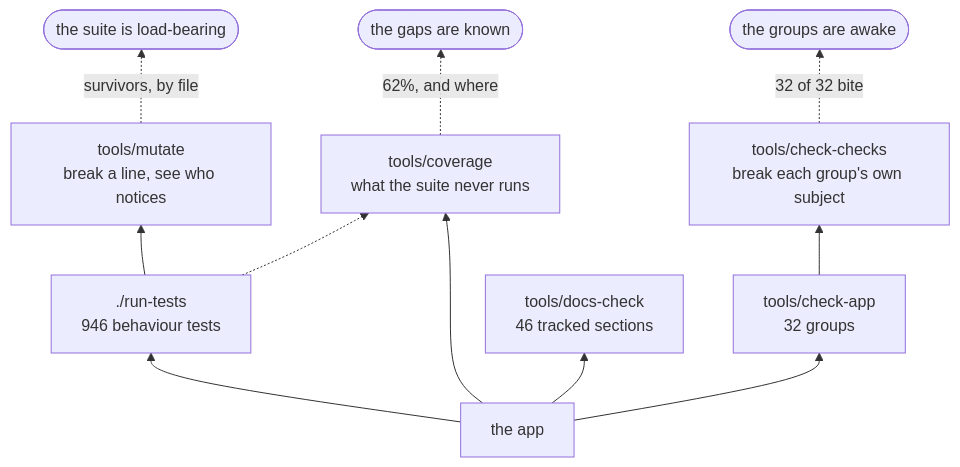
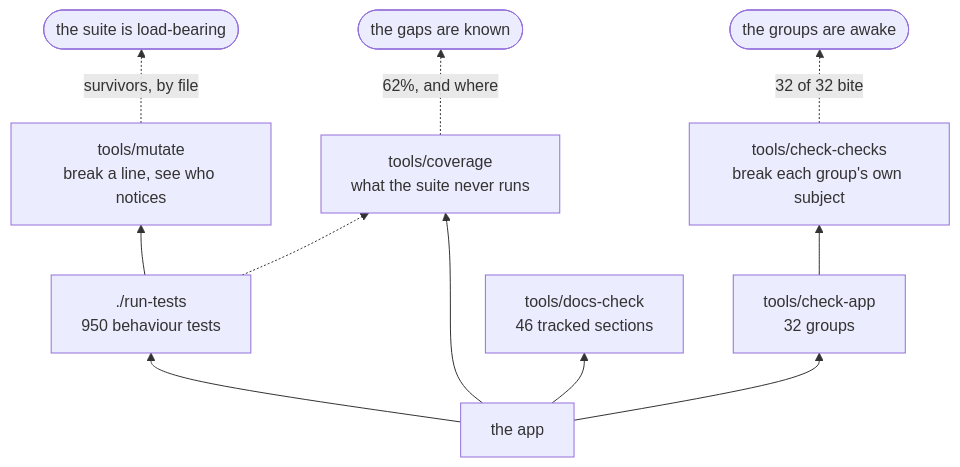
Before and after one commit to minormending/crystal-pilot-mobile: the second of 3 diagrams in docs/DEVELOPING.md, drawn with Mermaid. The commit also changed other lines of this file and 9 other files, not shown here.

````diff
--- a/docs/DEVELOPING.md
+++ b/docs/DEVELOPING.md
@@ -128,13 +128,13 @@
 ```mermaid
 flowchart BT
-    C["the app"] --> T["./run-tests<br/>946 behaviour tests"]
+    C["the app"] --> T["./run-tests<br/>950 behaviour tests"]
     C --> A["tools/check-app<br/>32 groups"]
     C --> D["tools/docs-check<br/>46 tracked sections"]
     C --> V["tools/coverage<br/>what the suite never runs"]
     T --> M["tools/mutate<br/>break a line, see who notices"]
     A --> K["tools/check-checks<br/>break each group's own subject"]
     T -.-> V
     M -.->|"survivors, by file"| R(["the suite is load-bearing"])
     K -.->|"32 of 32 bite"| R2(["the groups are awake"])
     V -.->|"62%, and where"| R3(["the gaps are known"])
 ```
````
